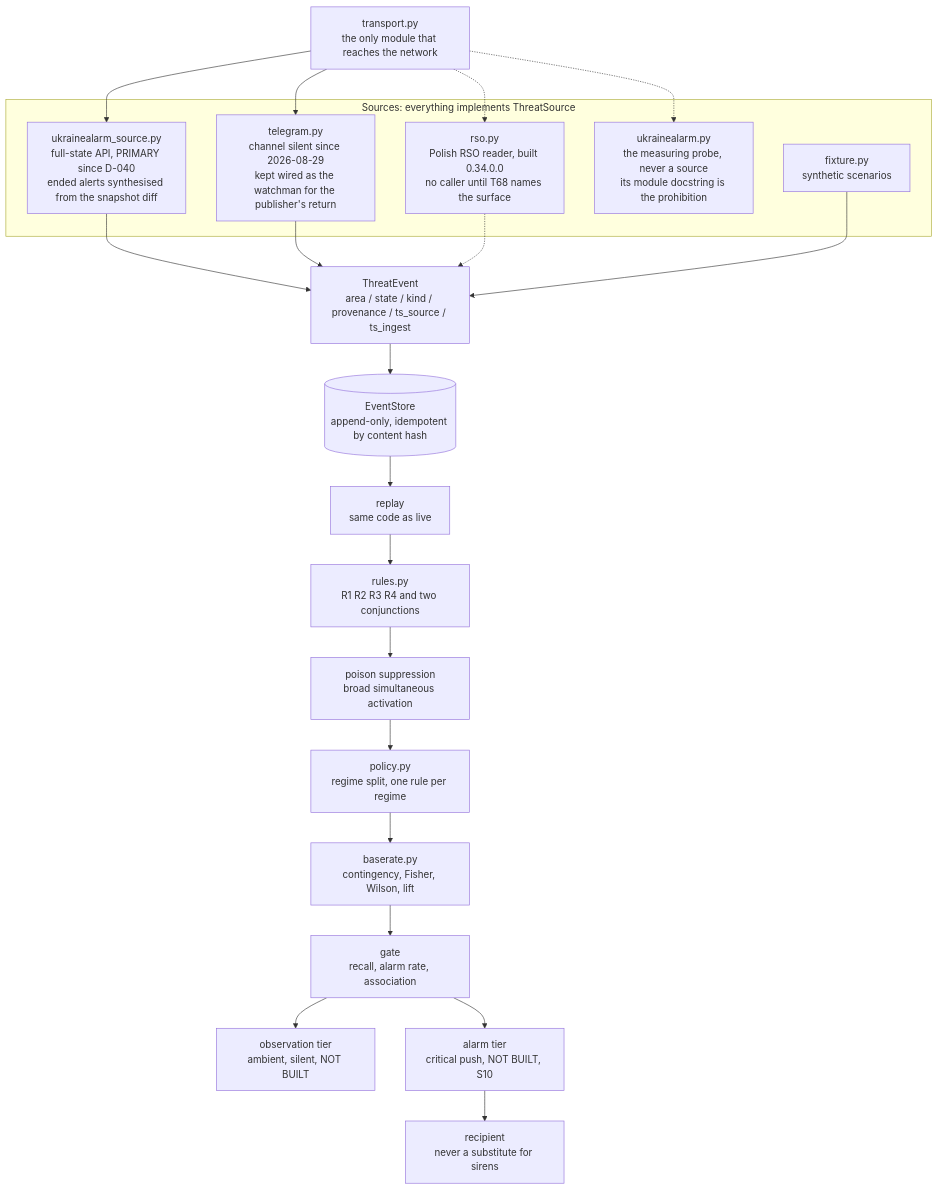
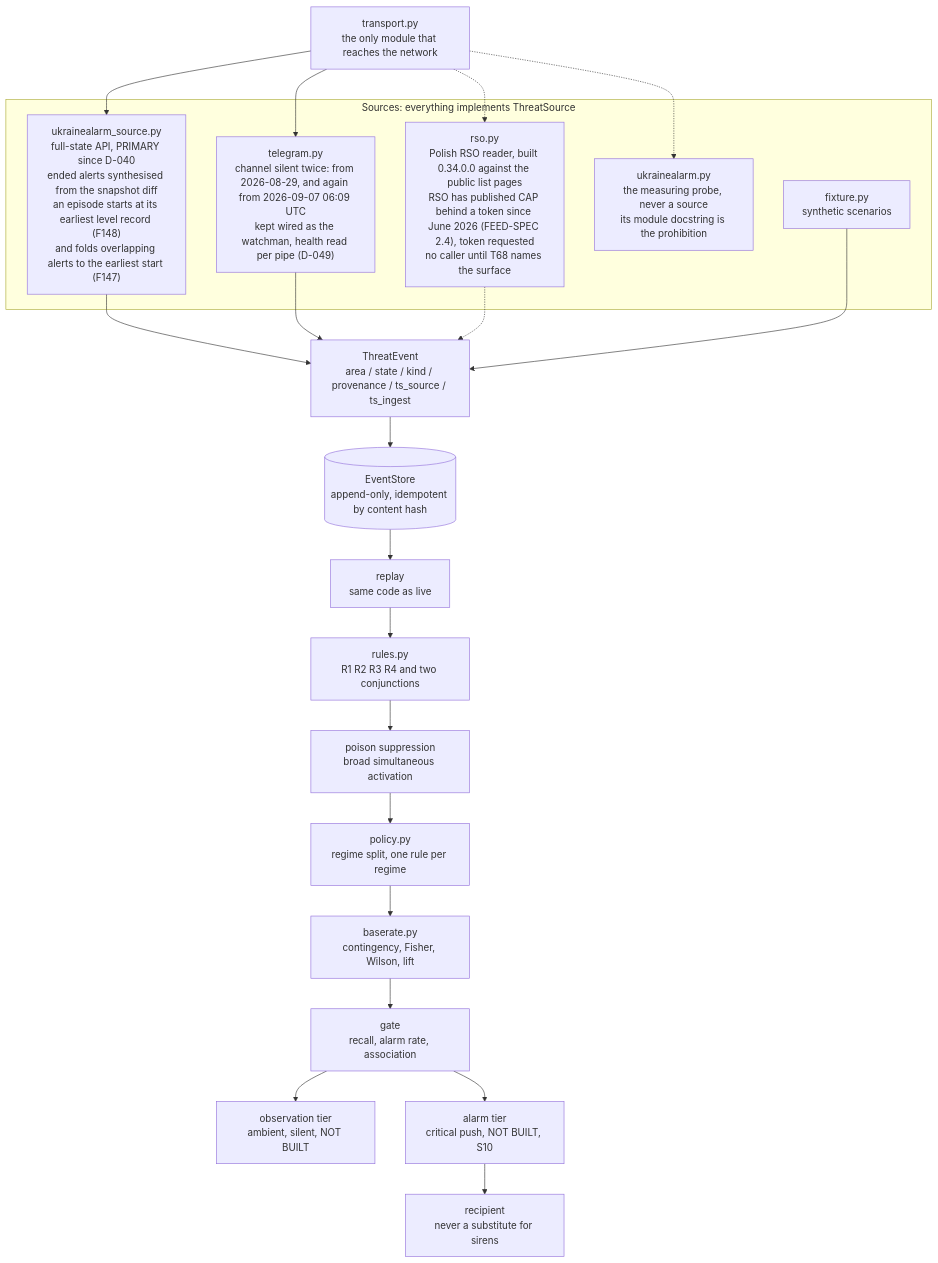
Before and after one commit to jerzy99jerzy/air-alert-early-warning: the diagram in docs/ARCHITECTURE.md, drawn with Mermaid. The commit also changed other lines of this file and 9 other files, not shown here.

Commit message:
0.53.1.1: the deploy record for 0.53.1.0, F147 and F148 in the diagrams, the watchman is intermittent

````diff
--- a/docs/ARCHITECTURE.md
+++ b/docs/ARCHITECTURE.md
@@ -32,31 +32,31 @@
 ```mermaid
 flowchart TD
     NET["transport.py<br/>the only module that reaches the network"]
     subgraph IN["Sources: everything implements ThreatSource"]
-        UASRC["ukrainealarm_source.py<br/>full-state API, PRIMARY since D-040<br/>ended alerts synthesised from the snapshot diff"]
-        TG["telegram.py<br/>channel silent since 2026-08-29<br/>kept wired as the watchman for the publisher's return"]
-        RSO["rso.py<br/>Polish RSO reader, built 0.34.0.0<br/>no caller until T68 names the surface"]
+        UASRC["ukrainealarm_source.py<br/>full-state API, PRIMARY since D-040<br/>ended alerts synthesised from the snapshot diff<br/>an episode starts at its earliest level record (F148)<br/>and folds overlapping alerts to the earliest start (F147)"]
+        TG["telegram.py<br/>channel silent twice: from 2026-08-29, and again from 2026-09-07 06:09 UTC<br/>kept wired as the watchman, health read per pipe (D-049)"]
+        RSO["rso.py<br/>Polish RSO reader, built 0.34.0.0 against the public list pages<br/>RSO has published CAP behind a token since June 2026 (FEED-SPEC 2.4), token requested<br/>no caller until T68 names the surface"]
         OFF["ukrainealarm.py<br/>the measuring probe, never a source<br/>its module docstring is the prohibition"]
         FIX["fixture.py<br/>synthetic scenarios"]
     end
     NET --> UASRC
     NET --> TG
     NET -.-> RSO
     NET -.-> OFF
     UASRC --> EV
     TG --> EV
     RSO -.-> EV
     FIX --> EV
 
     EV["ThreatEvent<br/>area / state / kind / provenance / ts_source / ts_ingest"]
     EV --> STORE[("EventStore<br/>append-only, idempotent by content hash")]
     STORE --> REPLAY["replay<br/>same code as live"]
     REPLAY --> RULES["rules.py<br/>R1 R2 R3 R4 and two conjunctions"]
     RULES --> SUPPRESS["poison suppression<br/>broad simultaneous activation"]
     SUPPRESS --> POLICY["policy.py<br/>regime split, one rule per regime"]
     POLICY --> BASE["baserate.py<br/>contingency, Fisher, Wilson, lift"]
     BASE --> GATE["gate<br/>recall, alarm rate, association"]
     GATE --> OBS["observation tier<br/>ambient, silent, NOT BUILT"]
     GATE --> ALARM["alarm tier<br/>critical push, NOT BUILT, S10"]
     ALARM --> HUMAN["recipient<br/>never a substitute for sirens"]
 ```
````
